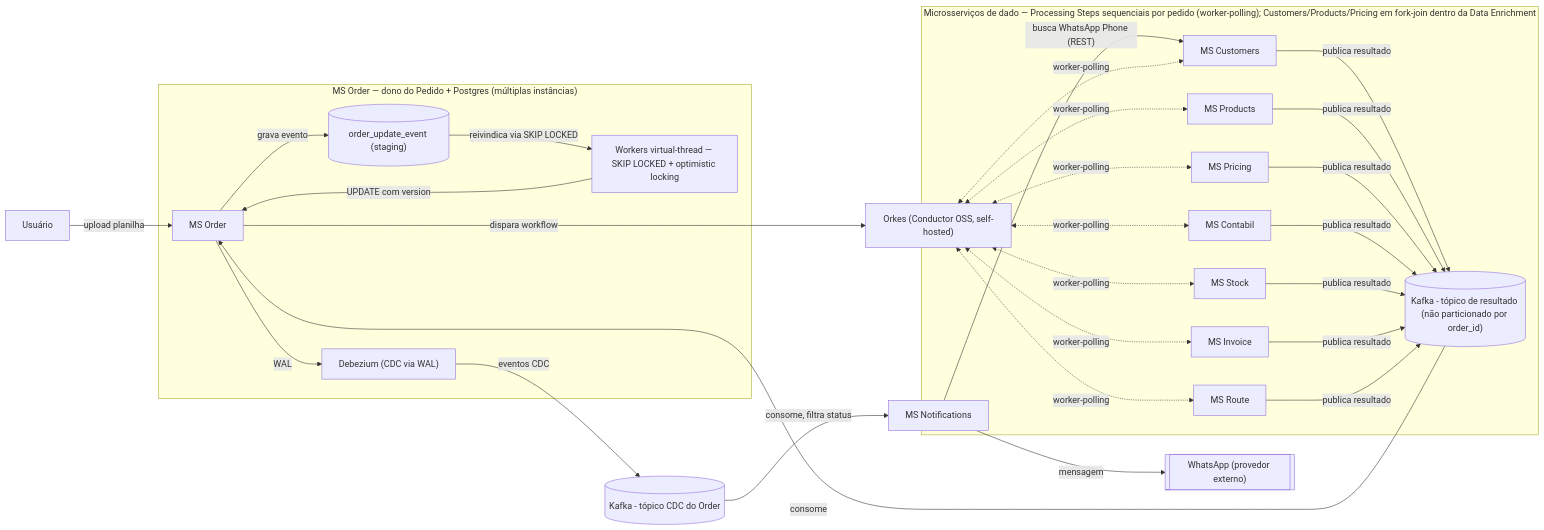
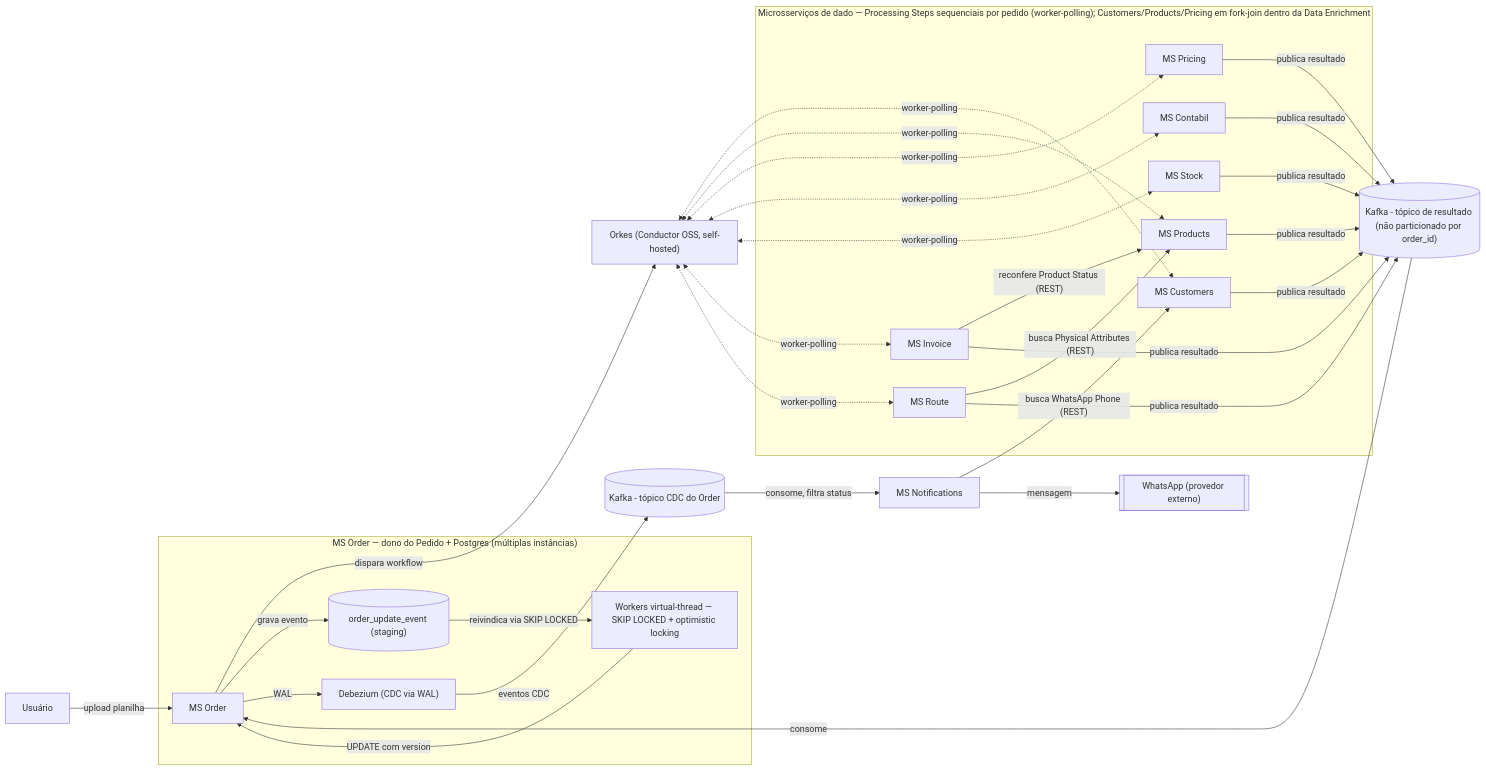
The second of 3 diagrams in app/docs/specs/order-processing-prd.md (george-bonespirito/uncle-bob-best-practices-with-ia), drawn with Mermaid before and after one commit. The commit also changed other lines of this file and 8 other files, not shown here.

````diff
--- a/app/docs/specs/order-processing-prd.md
+++ b/app/docs/specs/order-processing-prd.md
@@ -108,54 +108,56 @@
 ```mermaid
 flowchart LR
     User["Usuário"]
 
     subgraph OrderCtx["MS Order — dono do Pedido + Postgres (múltiplas instâncias)"]
         Order["MS Order"]
         Staging[("order_update_event (staging)")]
         Workers["Workers virtual-thread — SKIP LOCKED + optimistic locking"]
         Debezium["Debezium (CDC via WAL)"]
     end
 
     Orkes["Orkes (Conductor OSS, self-hosted)"]
 
     subgraph DataMS["Microsserviços de dado — Processing Steps sequenciais por pedido (worker-polling); Customers/Products/Pricing em fork-join dentro da Data Enrichment"]
         Customers["MS Customers"]
         Products["MS Products"]
         Pricing["MS Pricing"]
         Stock["MS Stock"]
         Contabil["MS Contabil"]
         Invoice["MS Invoice"]
         Route["MS Route"]
     end
 
     ResultsKafka[("Kafka - tópico de resultado (não particionado por order_id)")]
     CdcKafka[("Kafka - tópico CDC do Order")]
     Notifications["MS Notifications"]
     WhatsApp[["WhatsApp (provedor externo)"]]
 
     User -->|"upload planilha"| Order
     Notifications -->|"busca WhatsApp Phone (REST)"| Customers
+    Route -->|"busca Physical Attributes (REST)"| Products
+    Invoice -->|"reconfere Product Status (REST)"| Products
     Order -->|"dispara workflow"| Orkes
     Orkes <-.->|"worker-polling"| Customers
     Orkes <-.->|"worker-polling"| Products
     Orkes <-.->|"worker-polling"| Pricing
     Orkes <-.->|"worker-polling"| Contabil
     Orkes <-.->|"worker-polling"| Stock
     Orkes <-.->|"worker-polling"| Invoice
     Orkes <-.->|"worker-polling"| Route
     Customers -->|"publica resultado"| ResultsKafka
     Products -->|"publica resultado"| ResultsKafka
     Pricing -->|"publica resultado"| ResultsKafka
     Contabil -->|"publica resultado"| ResultsKafka
     Stock -->|"publica resultado"| ResultsKafka
     Invoice -->|"publica resultado"| ResultsKafka
     Route -->|"publica resultado"| ResultsKafka
     ResultsKafka -->|"consome"| Order
     Order -->|"grava evento"| Staging
     Staging -->|"reivindica via SKIP LOCKED"| Workers
     Workers -->|"UPDATE com version"| Order
     Order -->|"WAL"| Debezium
     Debezium -->|"eventos CDC"| CdcKafka
     CdcKafka -->|"consome, filtra status"| Notifications
     Notifications -->|"mensagem"| WhatsApp
 ```
````
